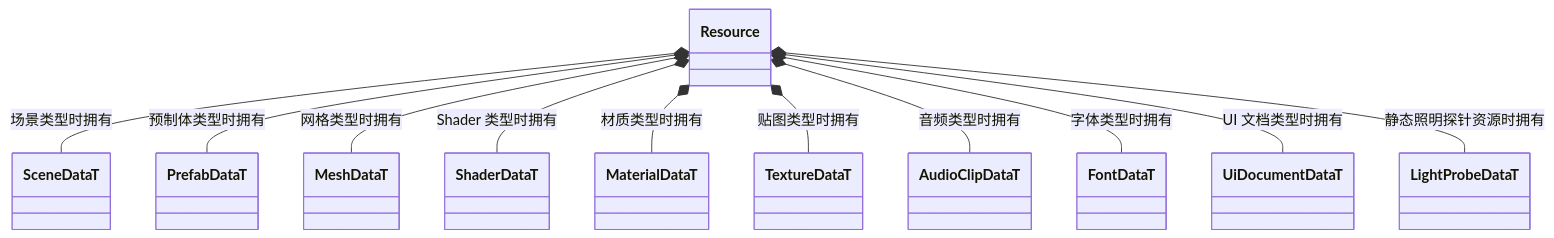
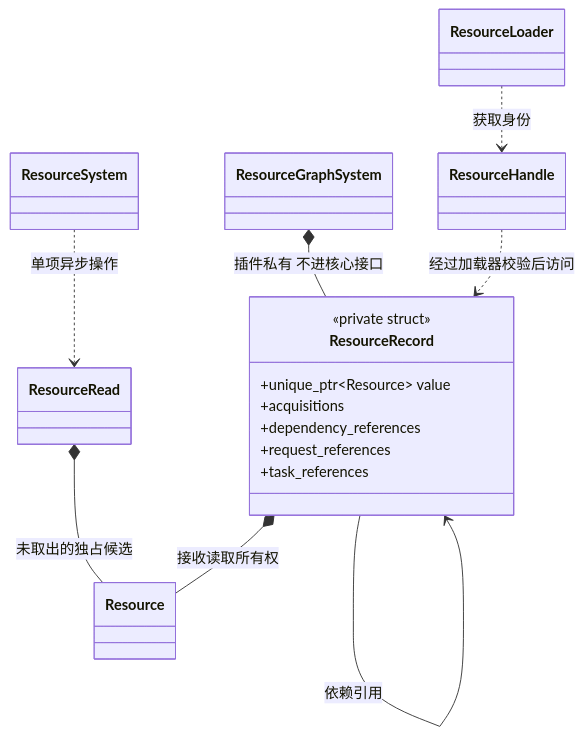
Before and after one commit to lcals/Engine: the second of 2 diagrams in docs/runtime/class-diagrams/resource.md, drawn with Mermaid. The commit also changed other lines of this file and 391 other files, not shown here.

````diff
--- a/docs/runtime/class-diagrams/resource.md
+++ b/docs/runtime/class-diagrams/resource.md
@@ -34,23 +46,24 @@
 ```mermaid
 classDiagram
-    direction TB
+    class ResourceSystem
+    class ResourceRead
+    class ResourceGraphSystem
+    class ResourceRecord {
+        <<private struct>>
+        +unique_ptr~Resource~ value
+        +acquisitions
+        +dependency_references
+        +request_references
+        +task_references
+    }
     class Resource
-    class SceneDataT
-    class PrefabDataT
-    class MeshDataT
-    class ShaderDataT
-    class MaterialDataT
-    class TextureDataT
-    class AudioClipDataT
-    class LightProbeDataT
-    Resource *-- SceneDataT : 场景类型时拥有
-    Resource *-- PrefabDataT : 预制体类型时拥有
-    Resource *-- MeshDataT : 网格类型时拥有
-    Resource *-- ShaderDataT : Shader 类型时拥有
-    Resource *-- MaterialDataT : 材质类型时拥有
-    Resource *-- TextureDataT : 贴图类型时拥有
-    Resource *-- AudioClipDataT : 音频类型时拥有
-    Resource *-- FontDataT : 字体类型时拥有
-    Resource *-- UiDocumentDataT : UI 文档类型时拥有
-    Resource *-- LightProbeDataT : 静态照明探针资源时拥有
+    class ResourceHandle
+    class ResourceLoader
+    ResourceSystem ..> ResourceRead : 单项异步操作
+    ResourceRead *-- Resource : 未取出的独占候选
+    ResourceGraphSystem *-- ResourceRecord : 插件私有 不进核心接口
+    ResourceRecord *-- Resource : 接收读取所有权
+    ResourceRecord --> ResourceRecord : 依赖引用
+    ResourceLoader ..> ResourceHandle : 获取身份
+    ResourceHandle ..> ResourceRecord : 经过加载器校验后访问
 ```
````
